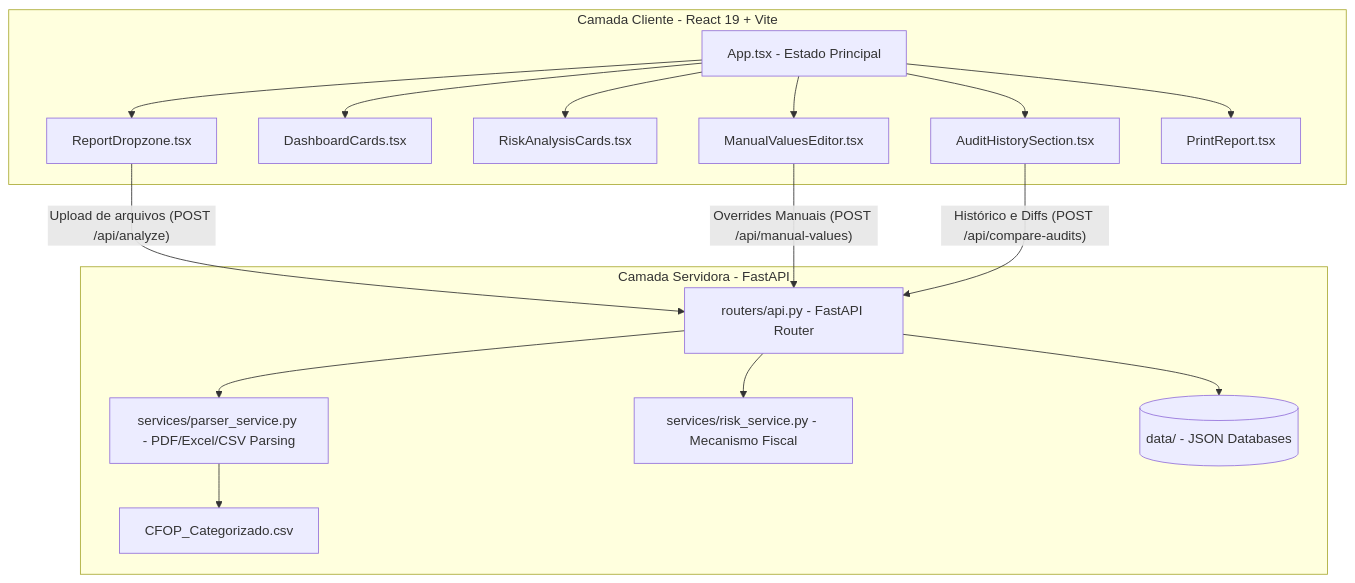
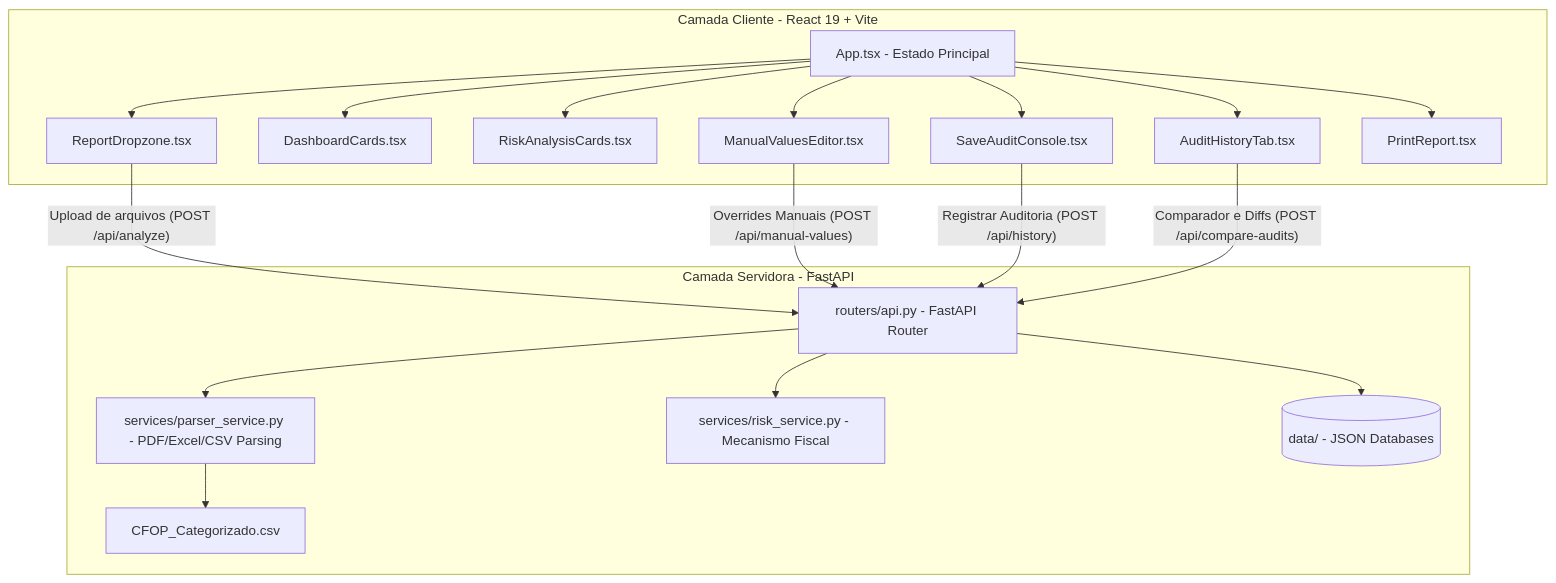
The diagram in ANTIGRAVITY.md (andresillveira/analisador-de-risco-simples-nacional), drawn with Mermaid before and after one commit. The commit also changed other lines of this file and 24 other files, not shown here.

````diff
--- a/ANTIGRAVITY.md
+++ b/ANTIGRAVITY.md
@@ -22,29 +22,31 @@
 ```mermaid
 graph TD
     subgraph Frontend [Camada Cliente - React 19 + Vite]
         App[App.tsx - Estado Principal] --> Dropzone[ReportDropzone.tsx]
         App --> Dashboard[DashboardCards.tsx]
         App --> RiskCards[RiskAnalysisCards.tsx]
         App --> ManualEd[ManualValuesEditor.tsx]
-        App --> AuditHist[AuditHistorySection.tsx]
+        App --> SaveAudit[SaveAuditConsole.tsx]
+        App --> AuditHistTab[AuditHistoryTab.tsx]
         App --> PrintRep[PrintReport.tsx]
     end
 
     subgraph Backend [Camada Servidora - FastAPI]
         Router[routers/api.py - FastAPI Router]
         Parser[services/parser_service.py - PDF/Excel/CSV Parsing]
         RiskEngine[services/risk_service.py - Mecanismo Fiscal]
         JSONDB[(data/ - JSON Databases)]
         CFOP[CFOP_Categorizado.csv]
     end
 
     Dropzone -- "Upload de arquivos (POST /api/analyze)" --> Router
     ManualEd -- "Overrides Manuais (POST /api/manual-values)" --> Router
-    AuditHist -- "Histórico e Diffs (POST /api/compare-audits)" --> Router
+    SaveAudit -- "Registrar Auditoria (POST /api/history)" --> Router
+    AuditHistTab -- "Comparador e Diffs (POST /api/compare-audits)" --> Router
     
     Router --> Parser
     Router --> RiskEngine
     Parser --> CFOP
     
     Router --> JSONDB
 ```
````
